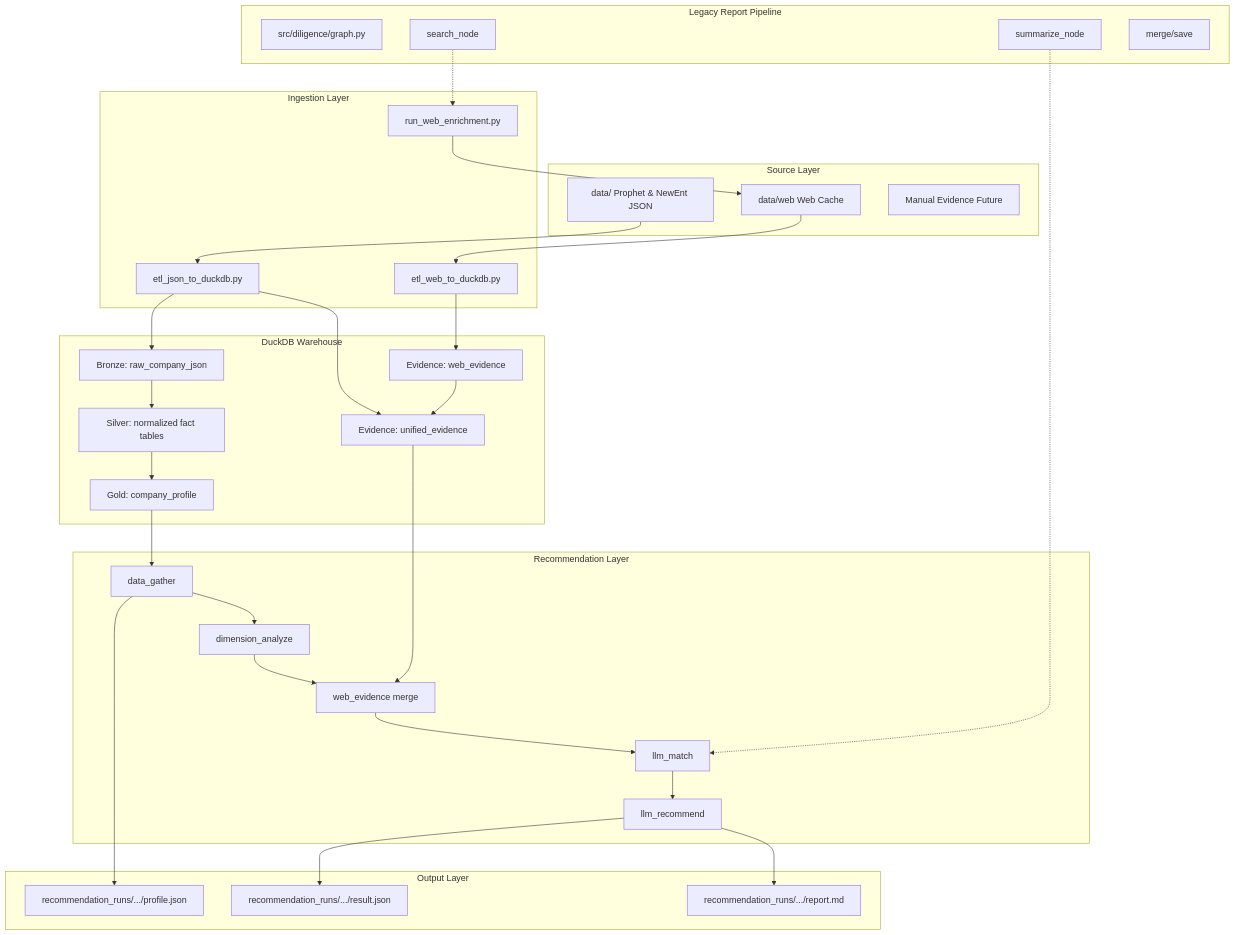
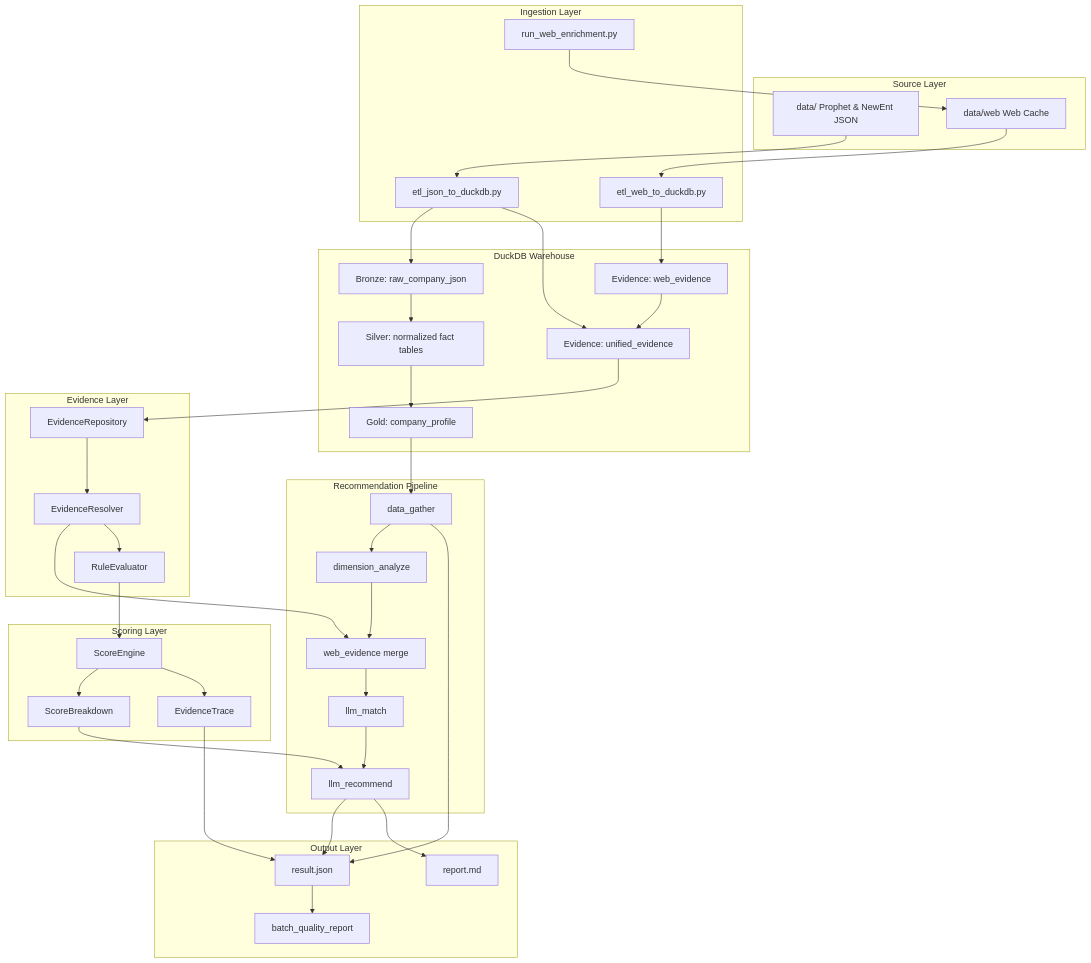
Before and after one commit to leeing/xft-dd: the first of 3 diagrams in README.md, drawn with Mermaid. The commit also changed other lines of this file, not shown here.

First line of the commit message:
📝 docs: update README for evidence resolver, scoring engine, and batch runner

````diff
--- a/README.md
+++ b/README.md
@@ -7,55 +7,60 @@
 ```mermaid
 flowchart TB
   subgraph S["Source Layer"]
     A["data/ Prophet & NewEnt JSON"]
     B["data/web Web Cache"]
-    C["Manual Evidence Future"]
   end
 
   subgraph I["Ingestion Layer"]
     D["etl_json_to_duckdb.py"]
     E["run_web_enrichment.py"]
     F["etl_web_to_duckdb.py"]
   end
 
   subgraph W["DuckDB Warehouse"]
     G["Bronze: raw_company_json"]
     H["Silver: normalized fact tables"]
     J["Gold: company_profile"]
     K["Evidence: web_evidence"]
     L["Evidence: unified_evidence"]
   end
 
-  subgraph R["Recommendation Layer"]
+  subgraph EV["Evidence Layer"]
+    EV1["EvidenceRepository"]
+    EV2["EvidenceResolver"]
+    EV3["RuleEvaluator"]
+  end
+
+  subgraph SC["Scoring Layer"]
+    SC1["ScoreEngine"]
+    SC2["ScoreBreakdown"]
+    SC3["EvidenceTrace"]
+  end
+
+  subgraph R["Recommendation Pipeline"]
     M["data_gather"]
     N["dimension_analyze"]
     O["web_evidence merge"]
     P["llm_match"]
     Q["llm_recommend"]
   end
 
   subgraph O2["Output Layer"]
-    X["recommendation_runs/.../profile.json"]
-    Y["recommendation_runs/.../result.json"]
-    Z["recommendation_runs/.../report.md"]
+    X["result.json"]
+    Y["report.md"]
+    Z["batch_quality_report"]
   end
 
   A --> D --> G --> H --> J
   D --> L
   E --> B --> F --> K --> L
   J --> M --> N --> O --> P --> Q
-  L --> O
+  L --> EV1 --> EV2 --> O
+  EV2 --> EV3 --> SC1
+  SC1 --> SC2 --> Q
+  SC1 --> SC3 --> X
   M --> X
+  Q --> X
   Q --> Y
-  Q --> Z
-
-  subgraph Legacy["Legacy Report Pipeline"]
-    LA["src/diligence/graph.py"]
-    LB["search_node"]
-    LC["summarize_node"]
-    LD["merge/save"]
-  end
-
-  LB -.-> E
-  LC -.-> P
+  X --> Z
 ```
````
